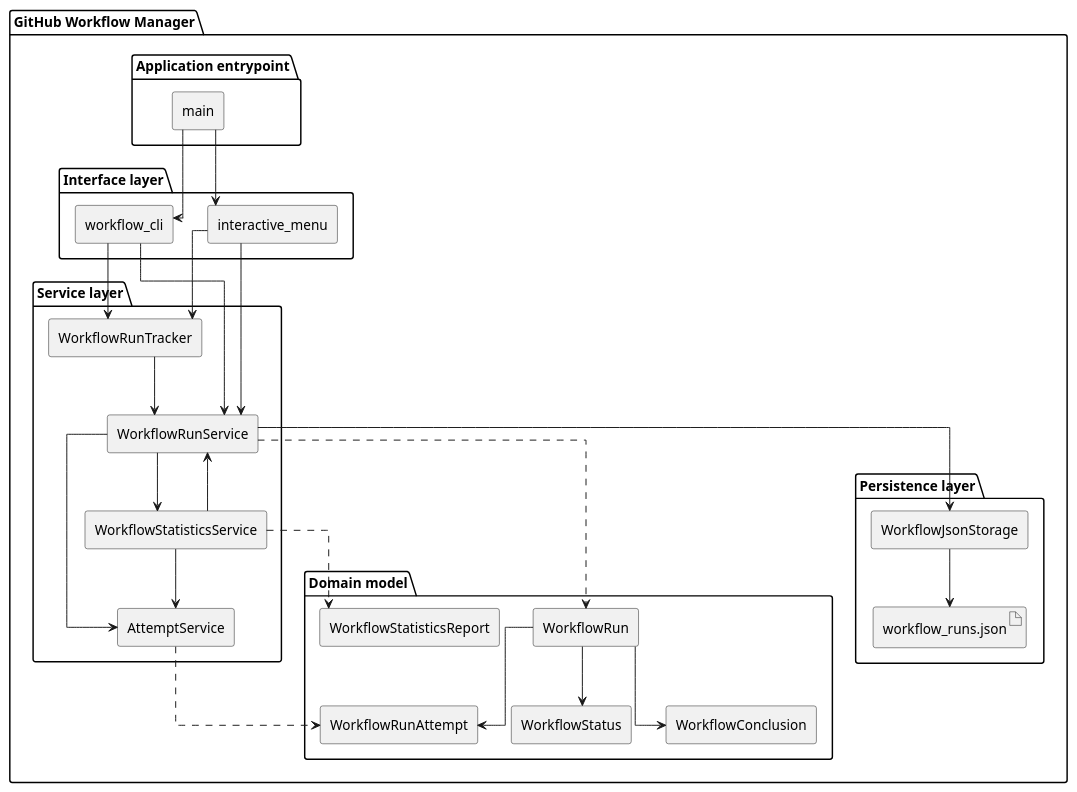
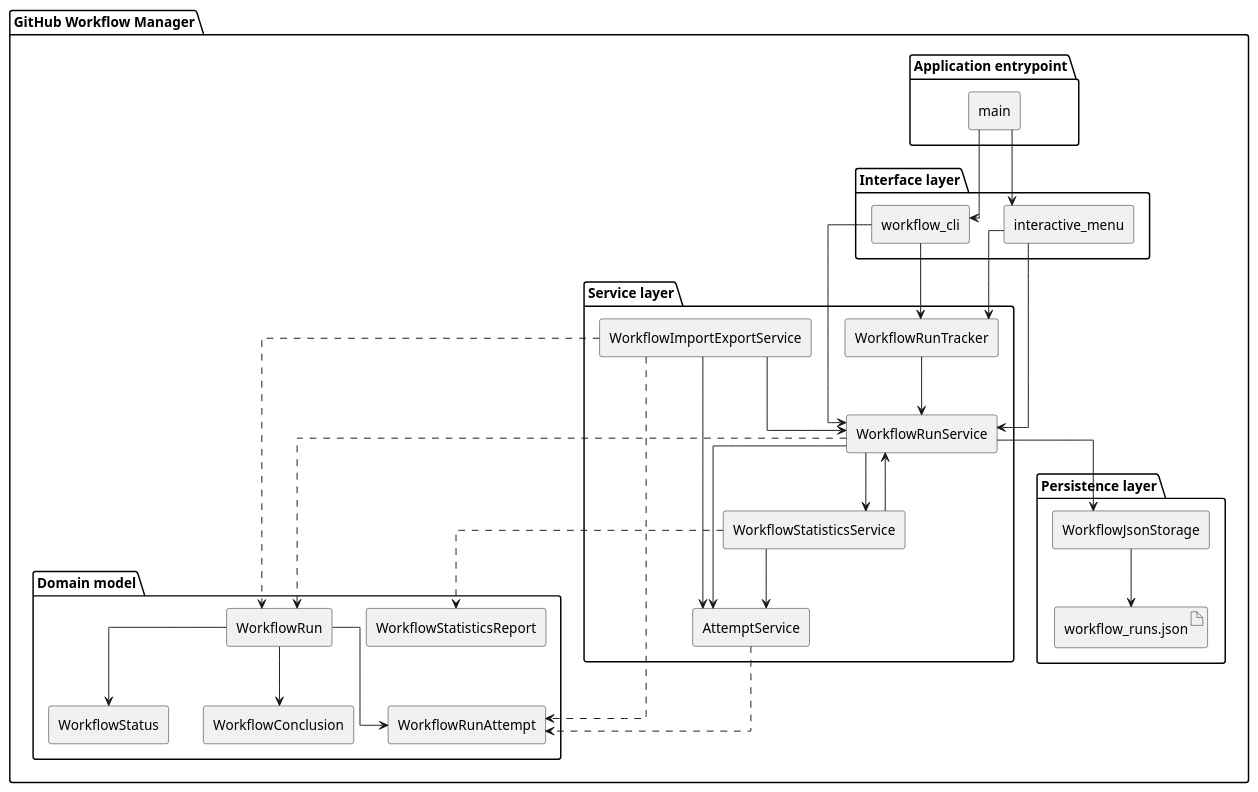
Before and after one commit to DanielRiha8906/Software_autoevolution_using_agents: the diagram in experiments/pipeline/test_driven/github-workflow-manager/artifacts/component_diagram.puml, drawn with PlantUML. The commit also changed 5 other files, not shown here.

```diff
--- a/experiments/pipeline/test_driven/github-workflow-manager/artifacts/component_diagram.puml
+++ b/experiments/pipeline/test_driven/github-workflow-manager/artifacts/component_diagram.puml
@@ -1,66 +1,73 @@
 @startuml component_diagram
 
 skinparam componentStyle rectangle
 skinparam linetype ortho
 top to bottom direction
 
 package "GitHub Workflow Manager" {
 
   package "Application entrypoint" {
     component "main" as MAIN
   }
 
   package "Interface layer" {
     component "workflow_cli" as CLI
     component "interactive_menu" as IM
   }
 
   package "Service layer" {
     component "WorkflowRunTracker" as TRACKER
     component "WorkflowRunService" as SVC
     component "AttemptService" as ATTEMPT_SVC
+    component "WorkflowImportExportService" as IMPORT_EXPORT_SVC
     component "WorkflowStatisticsService" as STATS_SVC
   }
 
   package "Persistence layer" {
     component "WorkflowJsonStorage" as STOR
     artifact "workflow_runs.json" as JSON_FILE
   }
 
   package "Domain model" {
     component "WorkflowRun" as RUN
     component "WorkflowRunAttempt" as ATTEMPT
     component "WorkflowStatus" as STATUS
     component "WorkflowConclusion" as CONCLUSION
     component "WorkflowStatisticsReport" as STATS_REPORT
   }
 }
 
 MAIN --> CLI
 MAIN --> IM
 
 CLI --> TRACKER
 IM --> TRACKER
 
 CLI --> SVC
 IM --> SVC
 
 TRACKER --> SVC
 SVC --> STOR
 STOR --> JSON_FILE
 
 SVC --> ATTEMPT_SVC
 SVC --> STATS_SVC
 
+IMPORT_EXPORT_SVC --> SVC
+IMPORT_EXPORT_SVC --> ATTEMPT_SVC
+
 SVC ..> RUN
 RUN --> ATTEMPT
 RUN --> STATUS
 RUN --> CONCLUSION
 
 ATTEMPT_SVC ..> ATTEMPT
 
+IMPORT_EXPORT_SVC ..> RUN
+IMPORT_EXPORT_SVC ..> ATTEMPT
+
 STATS_SVC --> SVC
 STATS_SVC --> ATTEMPT_SVC
 STATS_SVC ..> STATS_REPORT
 
 @enduml
```
